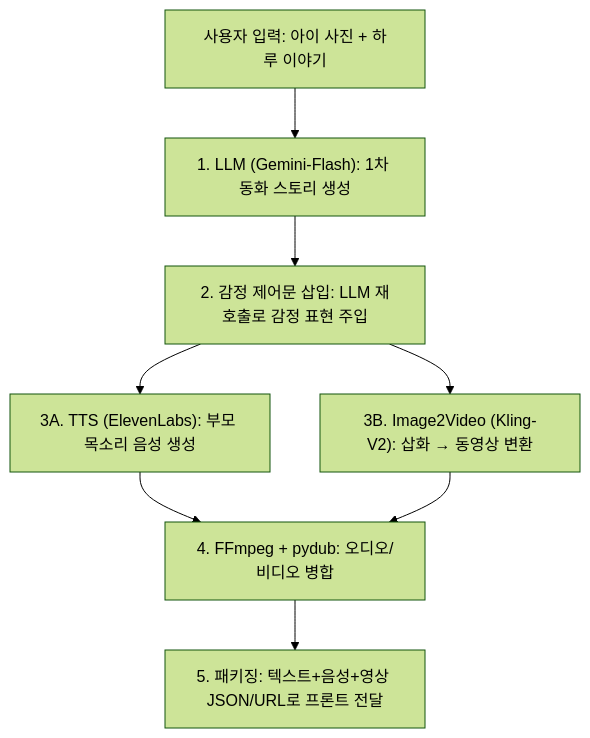
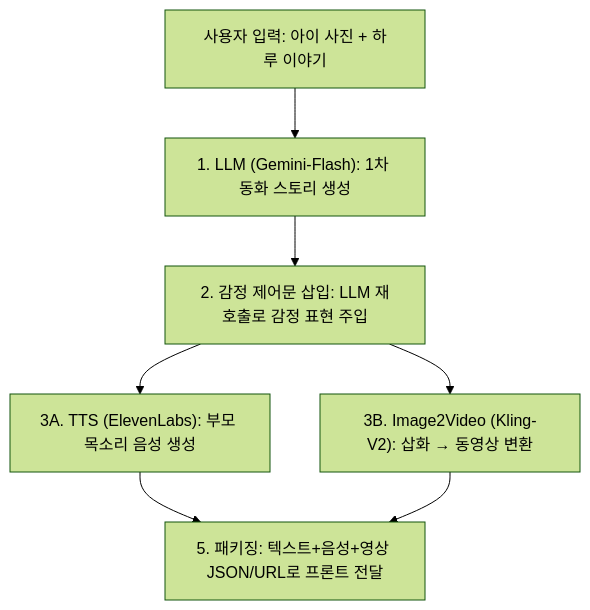
The diagram in README.md (sabyunrepo/Hack-so42ety), drawn with Mermaid (forest theme) before and after one commit. The commit also changed other lines of this file, not shown here.

Commit message:
Update section title and flowchart steps in README

````diff
--- a/README.md
+++ b/README.md
@@ -126,10 +126,9 @@
 ```mermaid
 flowchart TD
     A["사용자 입력: 아이 사진 + 하루 이야기"] --> B["1. LLM (Gemini-Flash): 1차 동화 스토리 생성"]
     B --> C["2. 감정 제어문 삽입: LLM 재호출로 감정 표현 주입"]
     C --> D["3A. TTS (ElevenLabs): 부모 목소리 음성 생성"]
     C --> E["3B. Image2Video (Kling-V2): 삽화 → 동영상 변환"]
-    D --> F["4. FFmpeg + pydub: 오디오/비디오 병합"]
+    D --> F["5. 패키징: 텍스트+음성+영상 JSON/URL로 프론트 전달"]
     E --> F
-    F --> G["5. 패키징: 텍스트+음성+영상 JSON/URL로 프론트 전달"]
 ```
````
